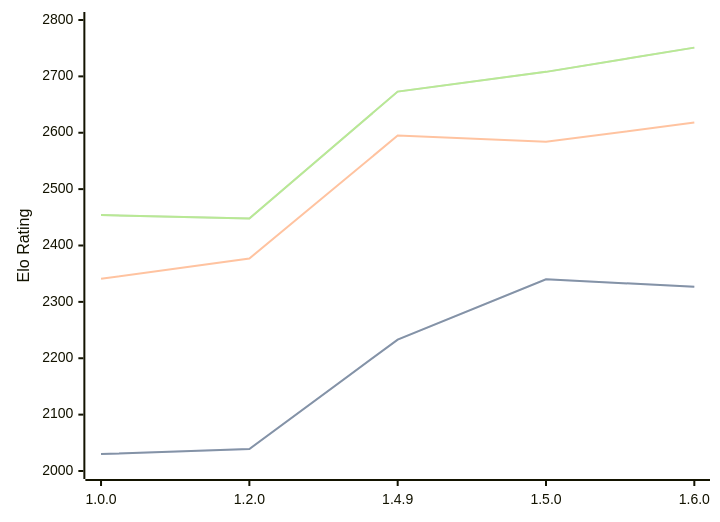
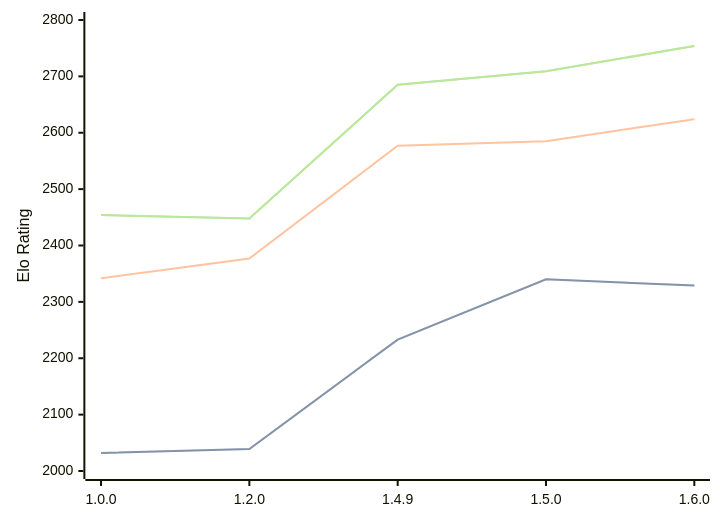
Before and after one commit to computer-chess-index/cci: the first of 3 diagrams in engines/Basilisk.md, drawn with Mermaid. The commit also changed other lines of this file, not shown here.

Commit message:
Update CCI Ratings (ELO VLTC) - 2026-06-23

````diff
--- a/engines/Basilisk.md
+++ b/engines/Basilisk.md
@@ -49,11 +49,11 @@
 ```mermaid
 %%{init: {"theme":"base","themeVariables":{"seriesColors:['#a3a3a3','#222221','#faa371']}}}%%
 xychart-beta
   x-axis ["1.0.0", "1.2.0", "1.4.9", "1.5.0", "1.6.0"]
   y-axis "Elo Rating" 2000 --> 2800
-  line "STC (8.0+0.08s)" [2030, 2039, 2233, 2340, 2327]
-  line "STC (8.0+0.08s)" [2030, 2039, 2233, 2340, 2327]
-  line "LTC (60.0+0.60s)" [2341, 2377, 2595, 2584, 2618]
-  line "VLTC (2m24s+1.12s)" [2454, 2448, 2673, 2708, 2751]
-  line "VLTC (2m24s+1.12s)" [2454, 2448, 2673, 2708, 2751]
+  line "STC (8.0+0.08s)" [2032, 2039, 2233, 2340, 2329]
+  line "STC (8.0+0.08s)" [2032, 2039, 2233, 2340, 2329]
+  line "LTC (60.0+0.60s)" [2342, 2377, 2577, 2585, 2624]
+  line "VLTC (2m24s+1.12s)" [2454, 2448, 2685, 2709, 2754]
+  line "VLTC (2m24s+1.12s)" [2454, 2448, 2685, 2709, 2754]
 ```
````
